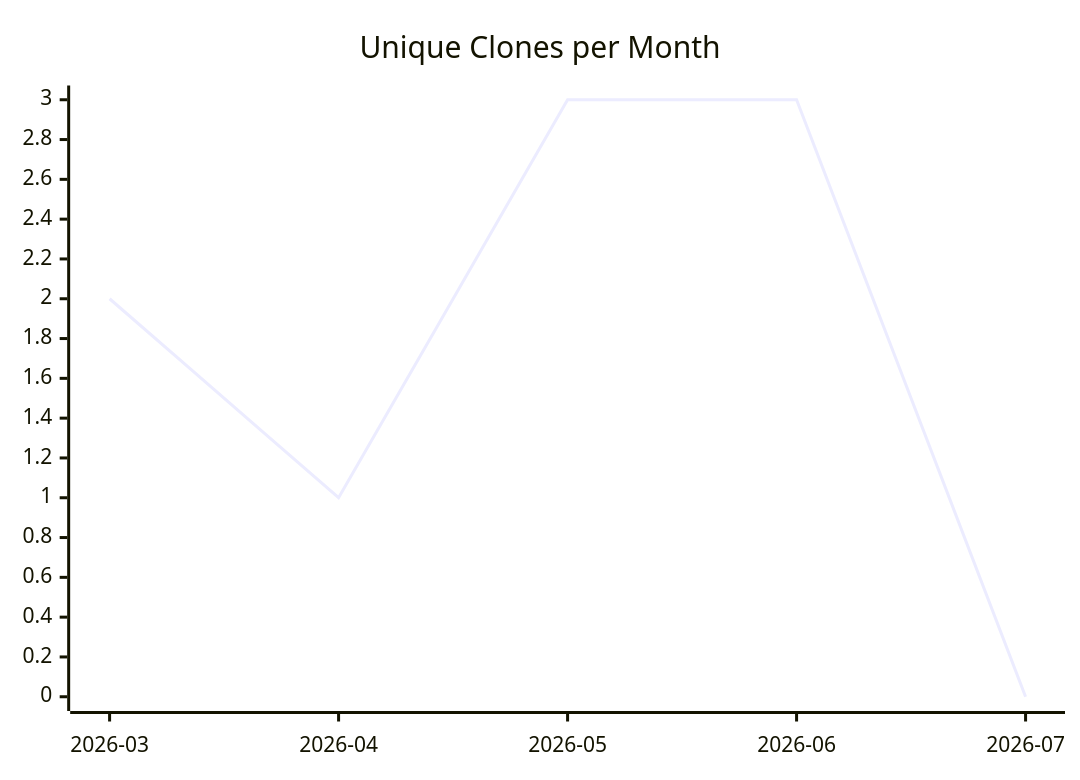
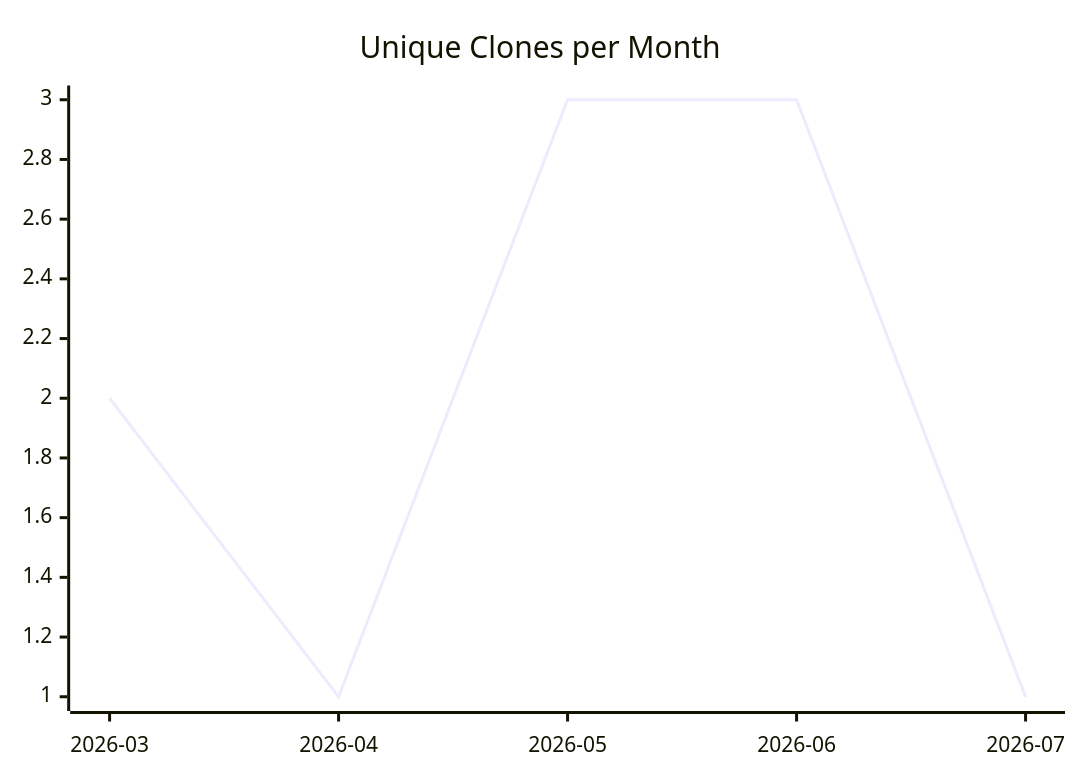
One commit to justdavis-family/github-analytics-data changed the third of 3 diagrams in karlmdavis/ansible-roles/README.md. Above: the diagram before and after it, drawn with Mermaid. The commit also changed other lines of this file and 169 other files, not shown here.

````diff
--- a/karlmdavis/ansible-roles/README.md
+++ b/karlmdavis/ansible-roles/README.md
@@ -19,6 +19,6 @@
 ```mermaid
 xychart-beta
   title "Unique Clones per Month"
   x-axis ["2026-03", "2026-04", "2026-05", "2026-06", "2026-07"]
-  line [2, 1, 3, 3, 0]
+  line [2, 1, 3, 3, 1]
 ```
````
